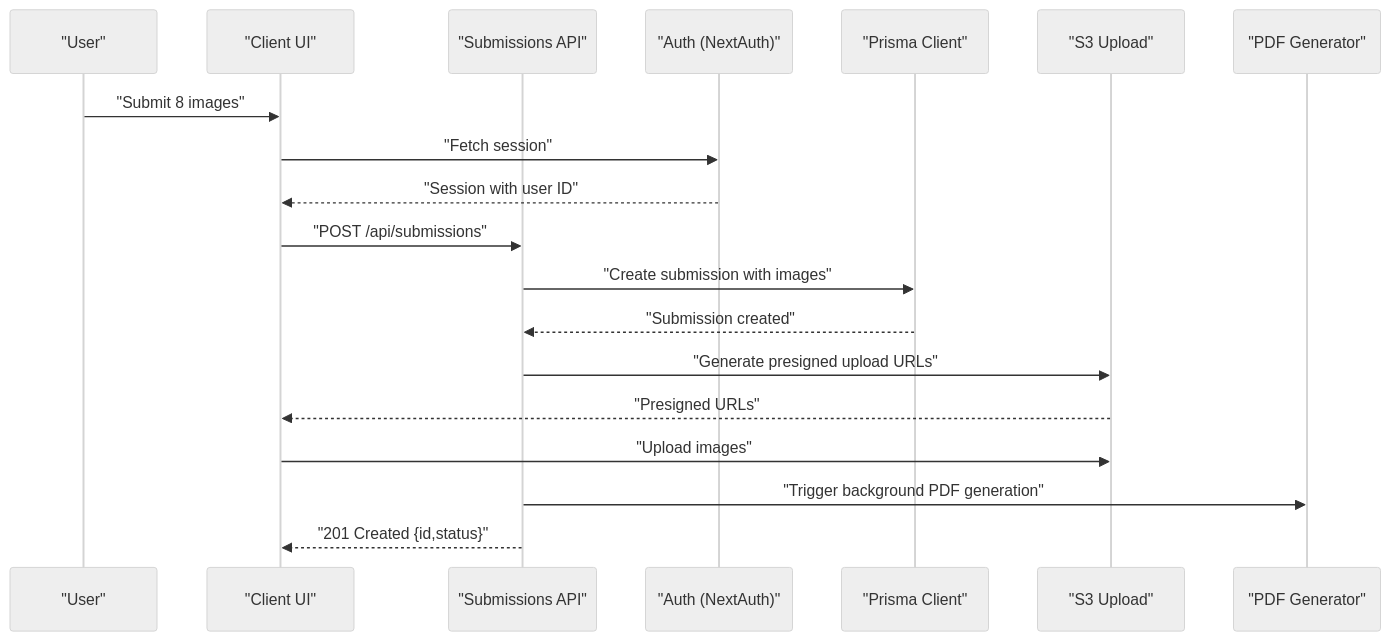
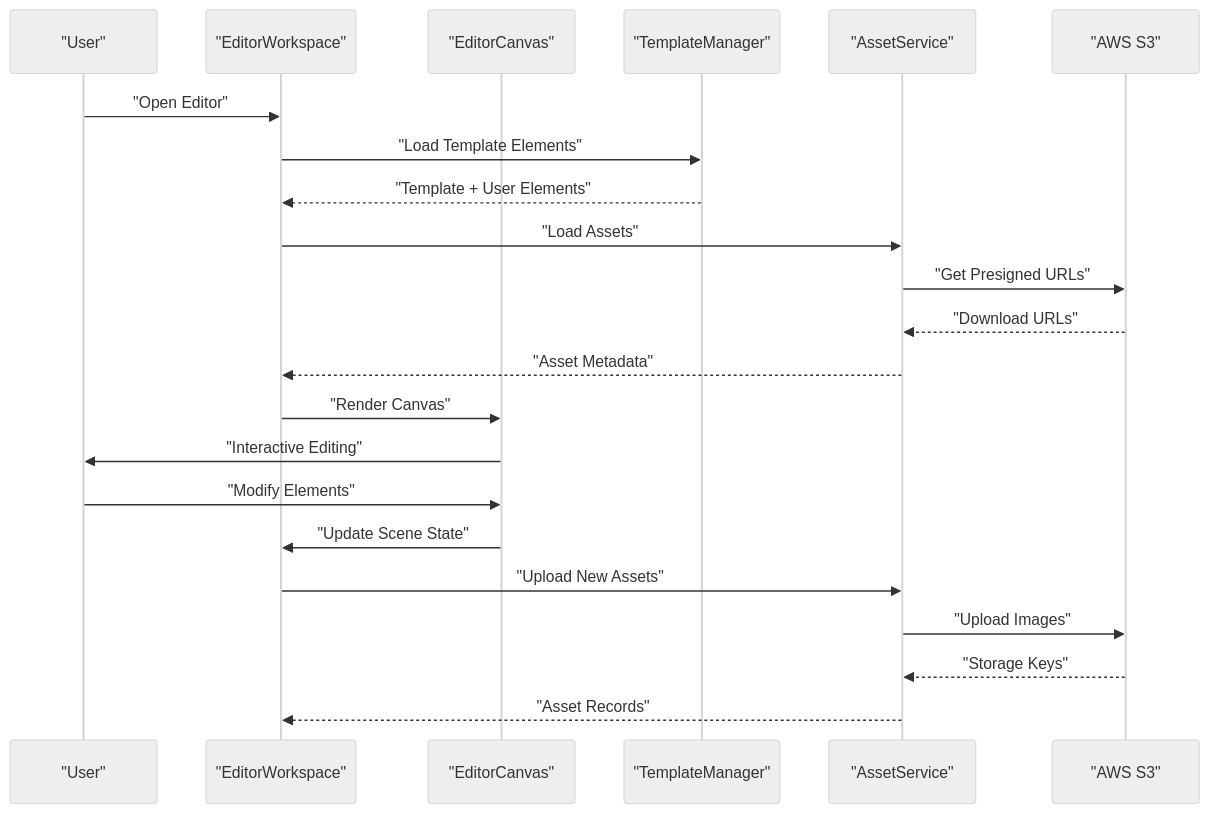
The second of 9 diagrams in .qoder/repowiki/en/content/Development Guidelines.md (Crowdspender/titchybooks-app), drawn with Mermaid (neutral theme) before and after one commit. The commit also changed other lines of this file and 62 other files, not shown here.

````diff
--- a/.qoder/repowiki/en/content/Development Guidelines.md
+++ b/.qoder/repowiki/en/content/Development Guidelines.md
@@ -131,21 +198,24 @@
 ```mermaid
 sequenceDiagram
 participant U as "User"
-participant UI as "Client UI"
-participant API as "Submissions API"
-participant AUTH as "Auth (NextAuth)"
-participant PRISMA as "Prisma Client"
-participant S3U as "S3 Upload"
-participant PDF as "PDF Generator"
-U->>UI : "Submit 8 images"
-UI->>AUTH : "Fetch session"
-AUTH-->>UI : "Session with user ID"
-UI->>API : "POST /api/submissions"
-API->>PRISMA : "Create submission with images"
-PRISMA-->>API : "Submission created"
-API->>S3U : "Generate presigned upload URLs"
-S3U-->>UI : "Presigned URLs"
-UI->>S3U : "Upload images"
-API->>PDF : "Trigger background PDF generation"
-API-->>UI : "201 Created {id,status}"
+participant EW as "EditorWorkspace"
+participant EC as "EditorCanvas"
+participant TM as "TemplateManager"
+participant AS as "AssetService"
+participant S3 as "AWS S3"
+U->>EW : "Open Editor"
+EW->>TM : "Load Template Elements"
+TM-->>EW : "Template + User Elements"
+EW->>AS : "Load Assets"
+AS->>S3 : "Get Presigned URLs"
+S3-->>AS : "Download URLs"
+AS-->>EW : "Asset Metadata"
+EW->>EC : "Render Canvas"
+EC->>U : "Interactive Editing"
+U->>EC : "Modify Elements"
+EC->>EW : "Update Scene State"
+EW->>AS : "Upload New Assets"
+AS->>S3 : "Upload Images"
+S3-->>AS : "Storage Keys"
+AS-->>EW : "Asset Records"
 ```
````
